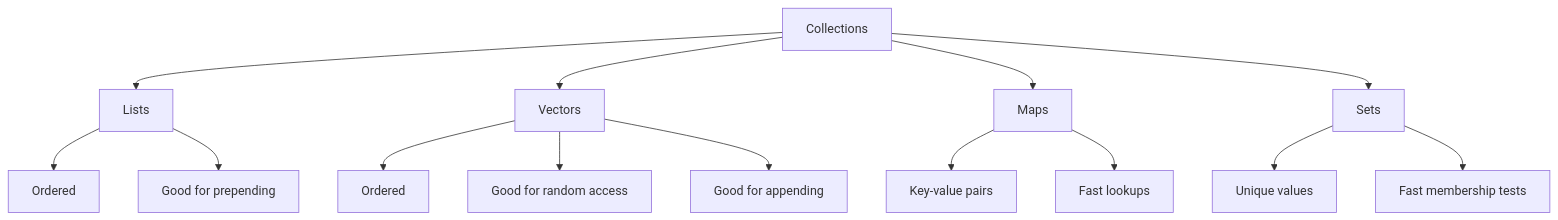
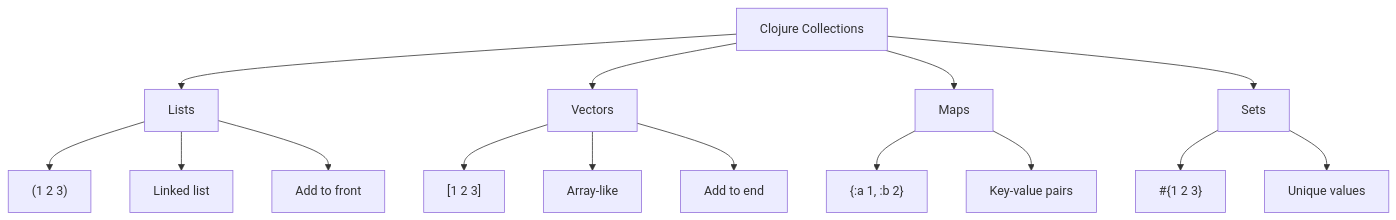
One commit to wahidyankf/oss changed the first of 2 diagrams in apps-standalone/ayokoding-web/content/en/learn/crash-courses/swe/lang/clojure/basics.md. Above: the diagram before and after it, drawn with Mermaid. The commit also changed other lines of this file and 40 other files, not shown here.

````diff
--- a/apps-standalone/ayokoding-web/content/en/learn/crash-courses/swe/lang/clojure/basics.md
+++ b/apps-standalone/ayokoding-web/content/en/learn/crash-courses/swe/lang/clojure/basics.md
@@ -139,19 +166,21 @@
 ```mermaid
 graph TD
-    Collections --> Lists
-    Lists --> ListsOrdered["Ordered"]
-    Lists --> ListsPrepend["Good for prepending"]
+    A[Clojure Collections] --> B[Lists]
+    A --> C[Vectors]
+    A --> D[Maps]
+    A --> E[Sets]
 
-    Collections --> Vectors
-    Vectors --> VectorsOrdered["Ordered"]
-    Vectors --> VectorsAccess["Good for random access"]
-    Vectors --> VectorsAppend["Good for appending"]
+    B --> B1["(1 2 3)"]
+    B --> B2["Linked list"]
+    B --> B3["Add to front"]
 
-    Collections --> Maps
-    Maps --> MapsKeyValue["Key-value pairs"]
-    Maps --> MapsFast["Fast lookups"]
+    C --> C1["[1 2 3]"]
+    C --> C2["Array-like"]
+    C --> C3["Add to end"]
 
-    Collections --> Sets
-    Sets --> SetsUnique["Unique values"]
-    Sets --> SetsFast["Fast membership tests"]
+    D --> D1["{:a 1, :b 2}"]
+    D --> D2["Key-value pairs"]
+
+    E --> E1["#{1 2 3}"]
+    E --> E2["Unique values"]
 ```
````
